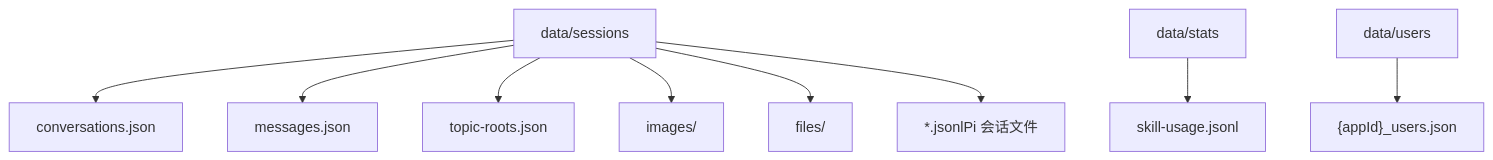
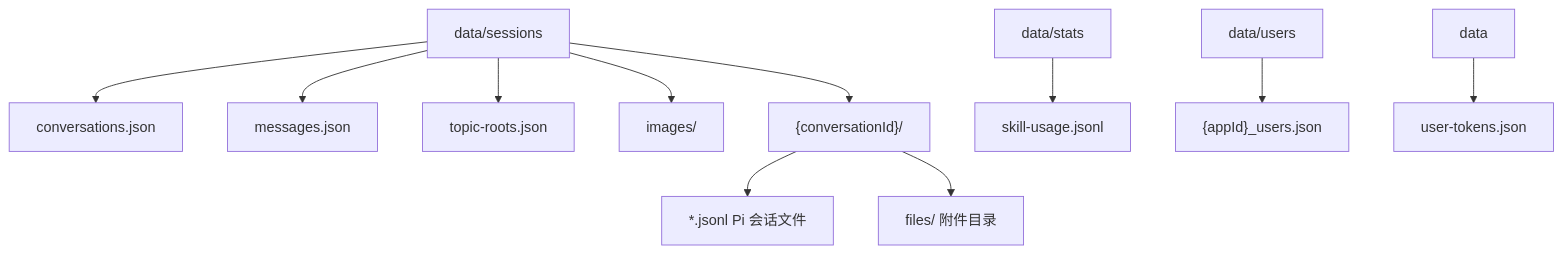
Before and after one commit to HeXiaoShu520/feishu-pi: the first of 8 diagrams in .qoder/repowiki/zh/content/数据管理/数据管理.md, drawn with Mermaid. The commit also changed other lines of this file and 47 other files, not shown here.

````diff
--- a/.qoder/repowiki/zh/content/数据管理/数据管理.md
+++ b/.qoder/repowiki/zh/content/数据管理/数据管理.md
@@ -39,11 +51,13 @@
 ```mermaid
 graph TB
 A["data/sessions"] --> A1["conversations.json"]
 A --> A2["messages.json"]
 A --> A3["topic-roots.json"]
 A --> A4["images/"]
-A --> A5["files/"]
-A --> A6["*.jsonlPi 会话文件"]
+A --> A5["{conversationId}/"]
+A5 --> A51["*.jsonl Pi 会话文件"]
+A5 --> A52["files/ 附件目录"]
 B["data/stats"] --> B1["skill-usage.jsonl"]
 C["data/users"] --> C1["{appId}_users.json"]
+D["data"] --> D1["user-tokens.json"]
 ```
````
